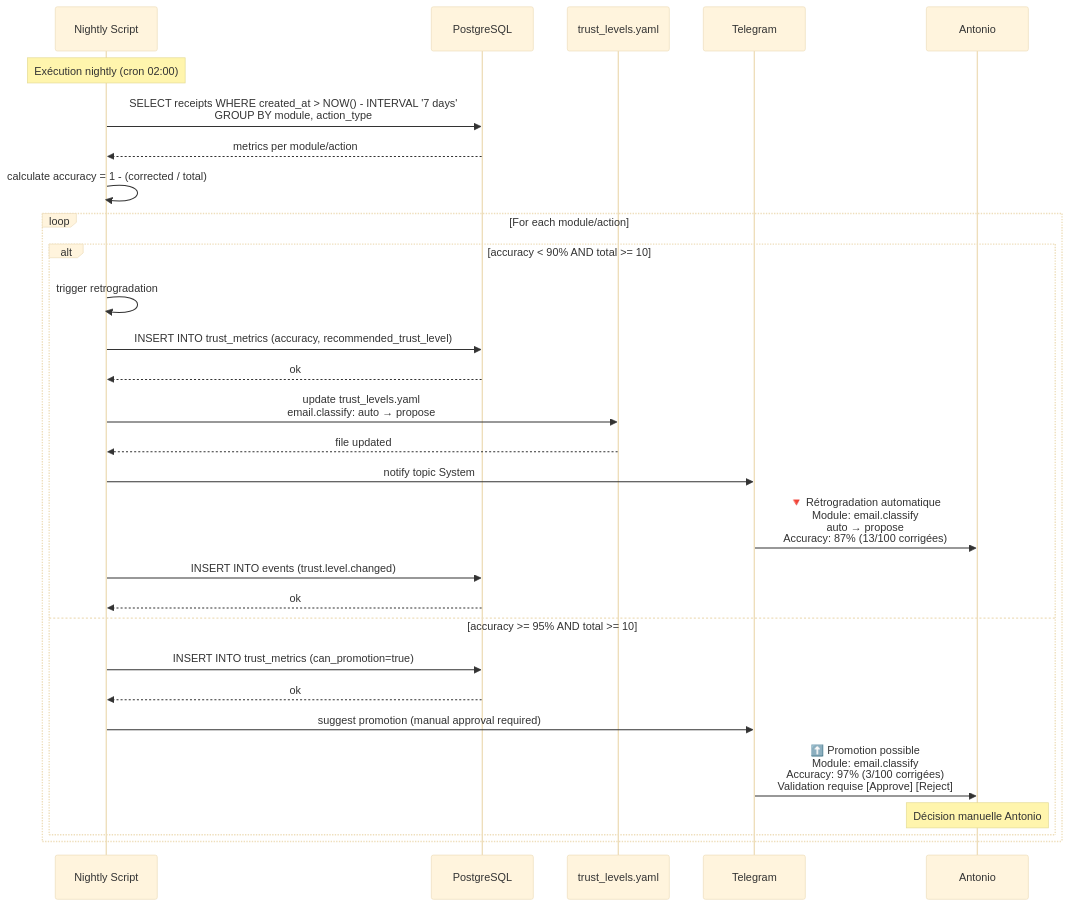
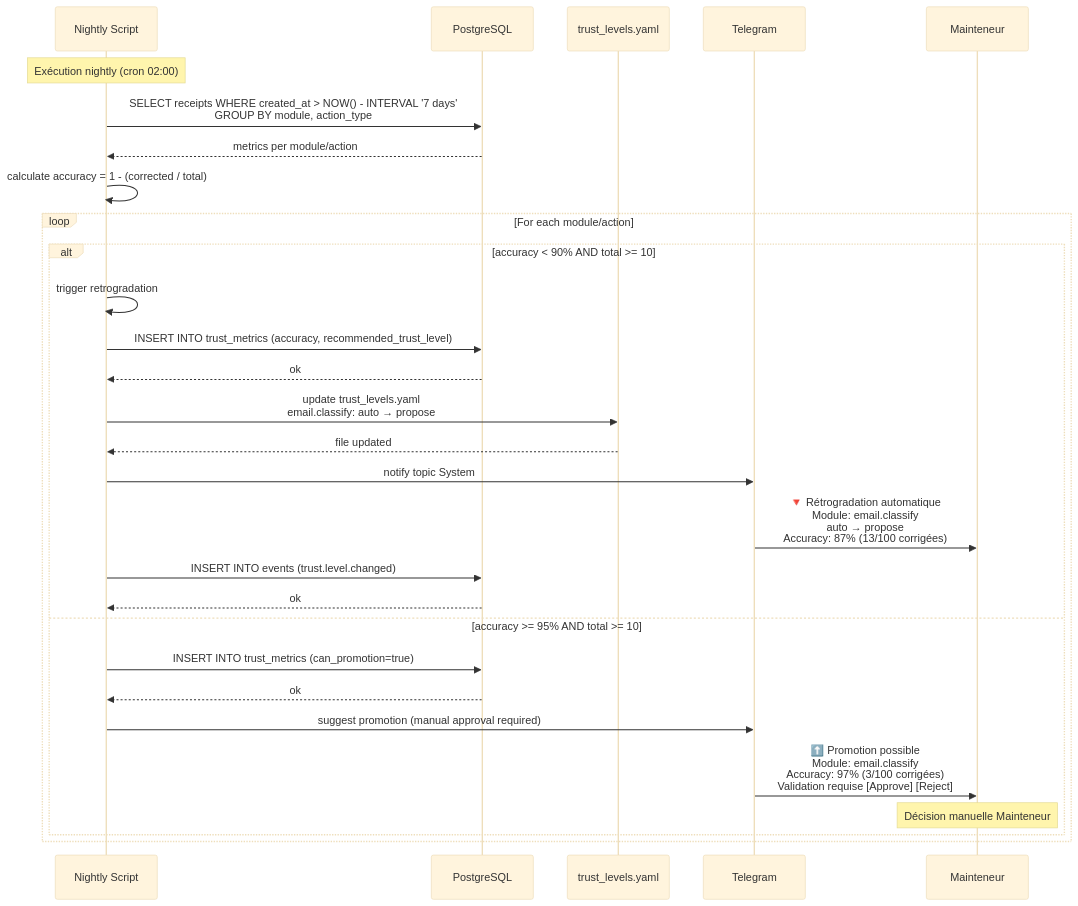
The fifth of 5 diagrams in docs/trust-layer-sequence.md (Masterplan16/Friday-2.0), drawn with Mermaid (base theme) before and after one commit. The commit also changed other lines of this file and 42 other files, not shown here.

````diff
--- a/docs/trust-layer-sequence.md
+++ b/docs/trust-layer-sequence.md
@@ -229,40 +229,40 @@
 ```mermaid
 sequenceDiagram
     participant S as Nightly Script
     participant PG as PostgreSQL
     participant Y as trust_levels.yaml
     participant T as Telegram
-    participant A as Antonio
+    participant A as Mainteneur
 
     Note over S: Exécution nightly (cron 02:00)
 
     S->>PG: SELECT receipts WHERE created_at > NOW() - INTERVAL '7 days'<br/>GROUP BY module, action_type
     PG-->>S: metrics per module/action
 
     S->>S: calculate accuracy = 1 - (corrected / total)
 
     loop For each module/action
         alt accuracy < 90% AND total >= 10
             S->>S: trigger retrogradation
             S->>PG: INSERT INTO trust_metrics (accuracy, recommended_trust_level)
             PG-->>S: ok
 
             S->>Y: update trust_levels.yaml<br/>email.classify: auto → propose
             Y-->>S: file updated
 
             S->>T: notify topic System
             T->>A: 🔻 Rétrogradation automatique<br/>Module: email.classify<br/>auto → propose<br/>Accuracy: 87% (13/100 corrigées)
 
             S->>PG: INSERT INTO events (trust.level.changed)
             PG-->>S: ok
         else accuracy >= 95% AND total >= 10
             S->>PG: INSERT INTO trust_metrics (can_promotion=true)
             PG-->>S: ok
 
             S->>T: suggest promotion (manual approval required)
             T->>A: ⬆️ Promotion possible<br/>Module: email.classify<br/>Accuracy: 97% (3/100 corrigées)<br/>Validation requise [Approve] [Reject]
 
-            Note over A: Décision manuelle Antonio
+            Note over A: Décision manuelle Mainteneur
         end
     end
 ```
````
